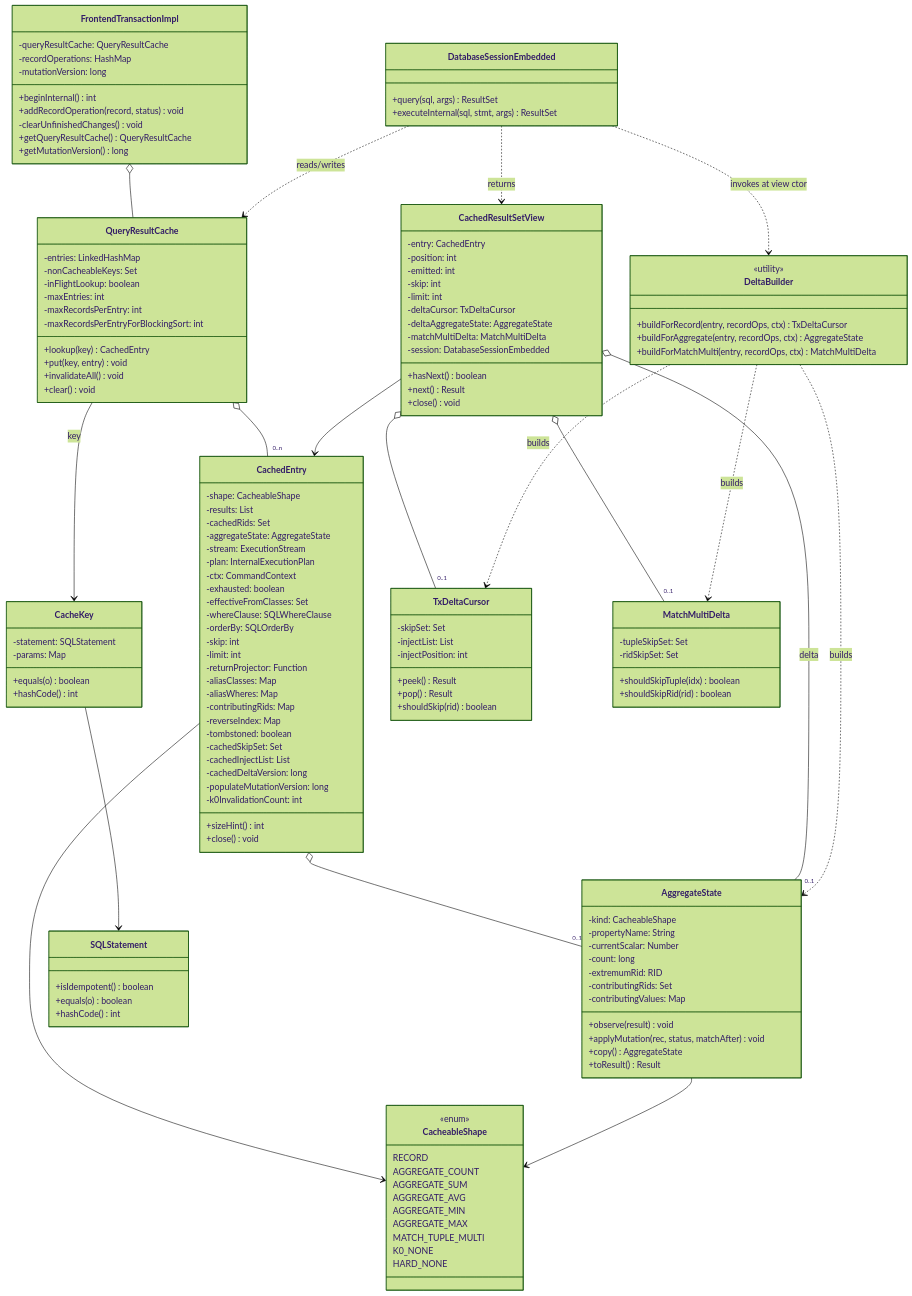
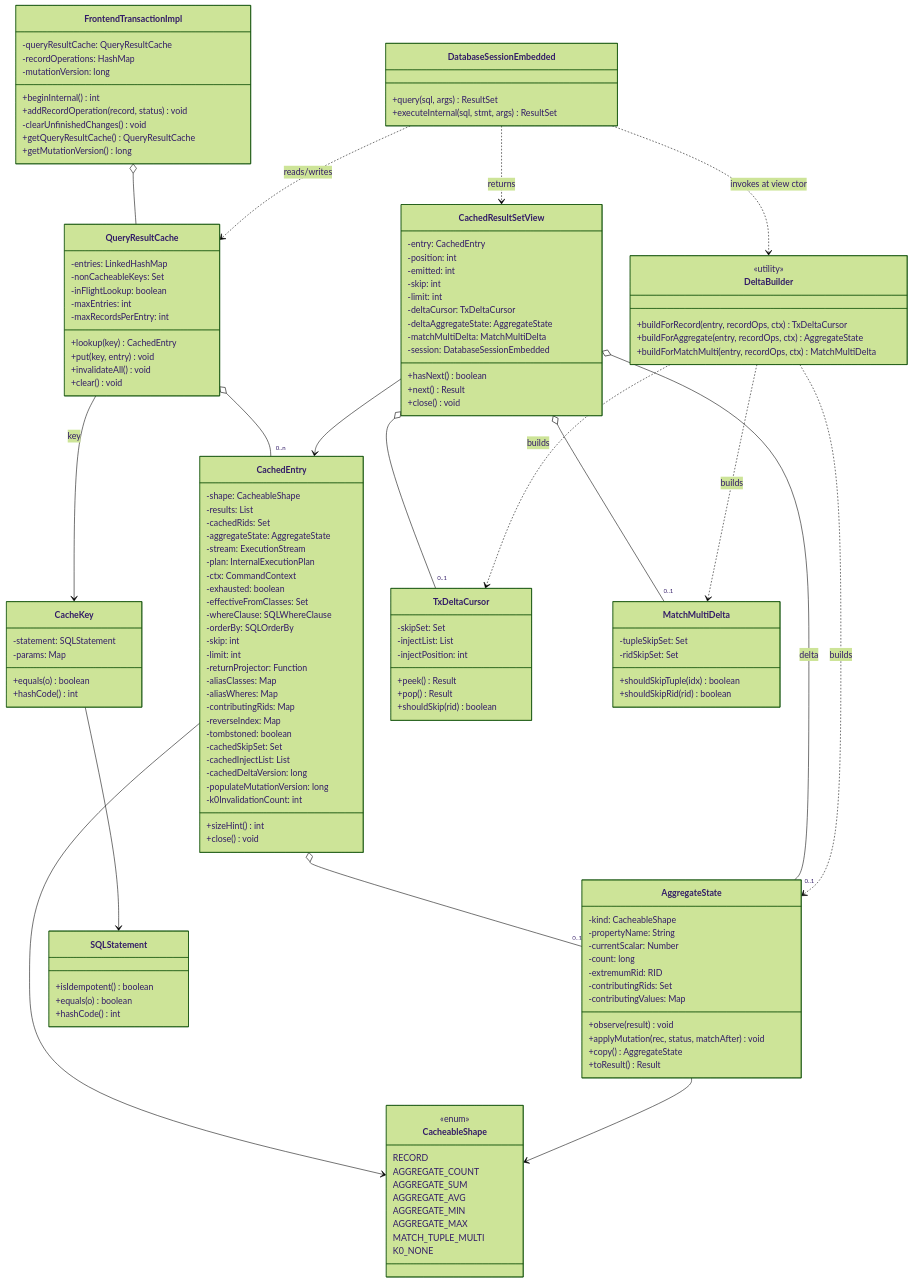
One commit to JetBrains/youtrackdb changed the first of 2 diagrams in docs/adr/YTDB-820-tx-result-cache/_workflow/design.md. Above: the diagram before and after it, drawn with Mermaid (forest theme). The commit also changed other lines of this file and 7 other files, not shown here.

```diff
--- a/docs/adr/YTDB-820-tx-result-cache/_workflow/design.md
+++ b/docs/adr/YTDB-820-tx-result-cache/_workflow/design.md
@@ -51,7 +50,6 @@
         -inFlightLookup: boolean
         -maxEntries: int
         -maxRecordsPerEntry: int
-        -maxRecordsPerEntryForBlockingSort: int
         +lookup(key) CachedEntry
         +put(key, entry) void
         +invalidateAll() void
@@ -101,7 +99,6 @@
         AGGREGATE_MAX
         MATCH_TUPLE_MULTI
         K0_NONE
-        HARD_NONE
     }
     class AggregateState {
         -kind: CacheableShape
```
